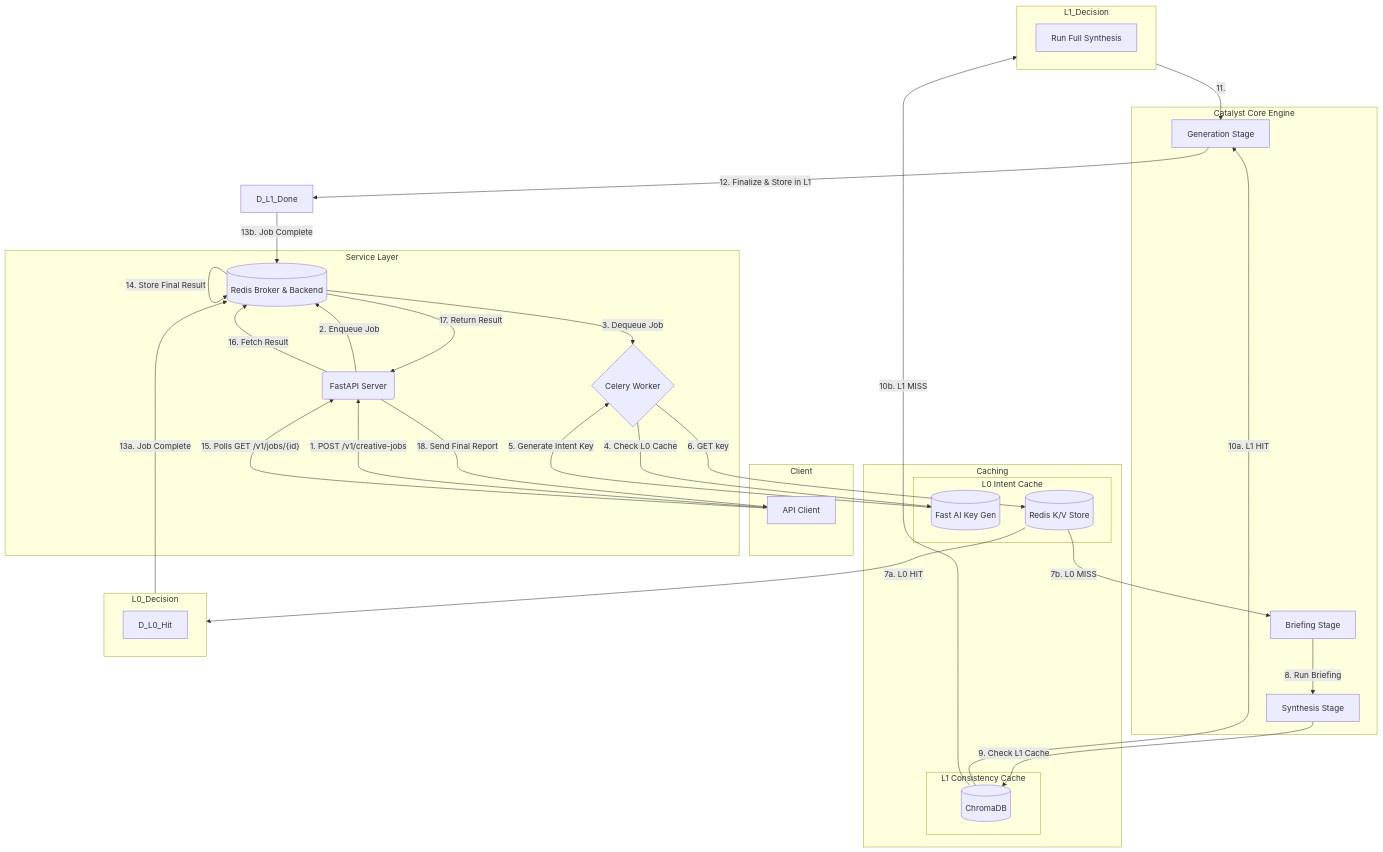
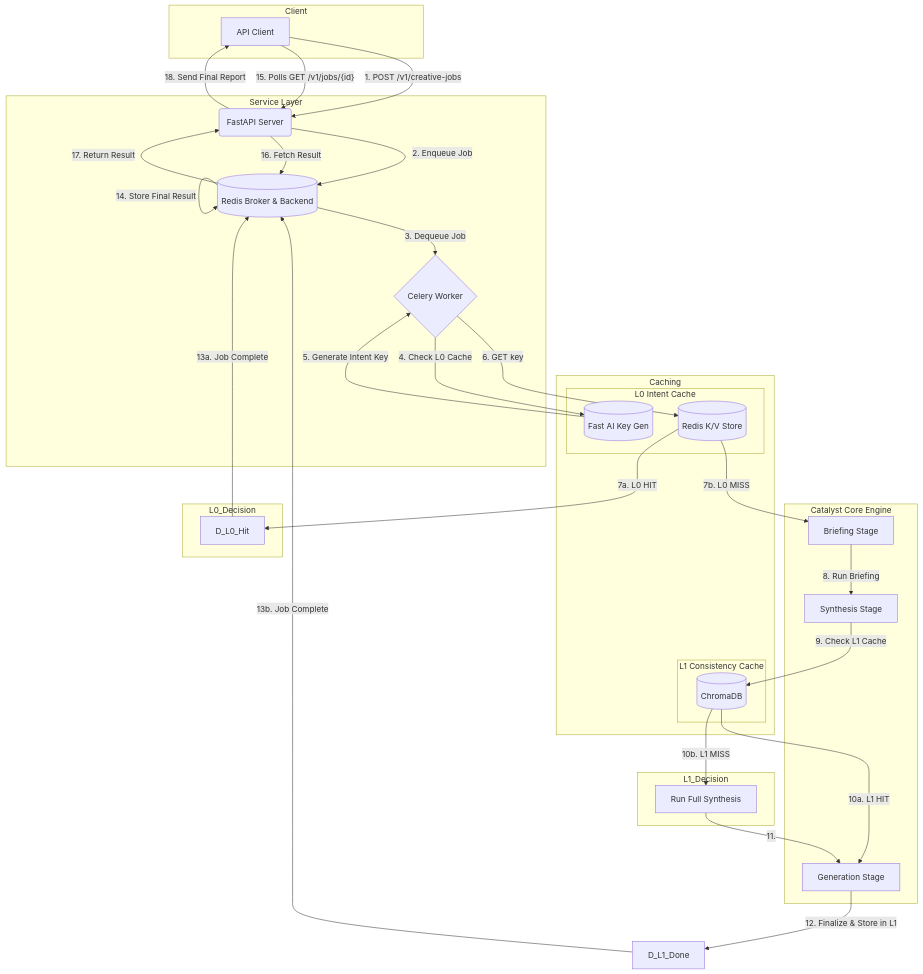
One commit to MTawhid7/creative-catalyst-engine changed the diagram in README.md. Above: the diagram before and after it, drawn with Mermaid. The commit also changed other lines of this file and 26 other files, not shown here.

````diff
--- a/README.md
+++ b/README.md
@@ -66,64 +68,55 @@
 ```mermaid
 graph TD
     subgraph Client
         A[API Client]
     end
 
     subgraph Service Layer
         B(FastAPI Server)
         D{Celery Worker}
         C[(Redis Broker & Backend)]
     end
 
     subgraph Caching
         subgraph L0_Cache [L0 Intent Cache]
             L0_AI[(Fast AI Key Gen)]
             L0_Redis[(Redis K/V Store)]
         end
         subgraph L1_Cache [L1 Consistency Cache]
             L1_Chroma[(ChromaDB)]
         end
     end
 
     subgraph Core_Engine [Catalyst Core Engine]
         E[Briefing Stage]
         F[Synthesis Stage]
         G[Generation Stage]
     end
 
-    %% Main Job Submission Flow
     A -- 1. POST /v1/creative-jobs --> B
     B -- 2. Enqueue Job --> C
     C -- 3. Dequeue Job --> D
 
-    %% L0 Cache Flow
     D -- 4. Check L0 Cache --> L0_AI
     L0_AI -- 5. Generate Intent Key --> D
     D -- 6. GET key --> L0_Redis
-    subgraph L0_Decision
-        direction LR
-        L0_Redis -- 7a. L0 HIT --> D_L0_Hit
-        L0_Redis -- 7b. L0 MISS --> E
-    end
 
-    %% Main Pipeline Flow
+    subgraph L0_Decision; L0_Redis -- 7a. L0 HIT --> D_L0_Hit; L0_Redis -- 7b. L0 MISS --> E; end
+
     E -- 8. Run Briefing --> F
     F -- 9. Check L1 Cache --> L1_Chroma
-    subgraph L1_Decision
-        direction LR
-        L1_Chroma -- 10a. L1 HIT --> G
-        L1_Chroma -- 10b. L1 MISS --> F_Run
-    end
+
+    subgraph L1_Decision; L1_Chroma -- 10a. L1 HIT --> G; L1_Chroma -- 10b. L1 MISS --> F_Run; end
+
     F_Run[Run Full Synthesis] -- 11. --> G
     G -- 12. Finalize & Store in L1 --> D_L1_Done
 
-    %% Result Storage and Polling
     D_L0_Hit -- 13a. Job Complete --> C
     D_L1_Done -- 13b. Job Complete --> C
     C -- 14. Store Final Result --> C
 
     A -- 15. Polls GET /v1/jobs/{id} --> B
     B -- 16. Fetch Result --> C
     C -- 17. Return Result --> B
     B -- 18. Send Final Report --> A
 ```
````
